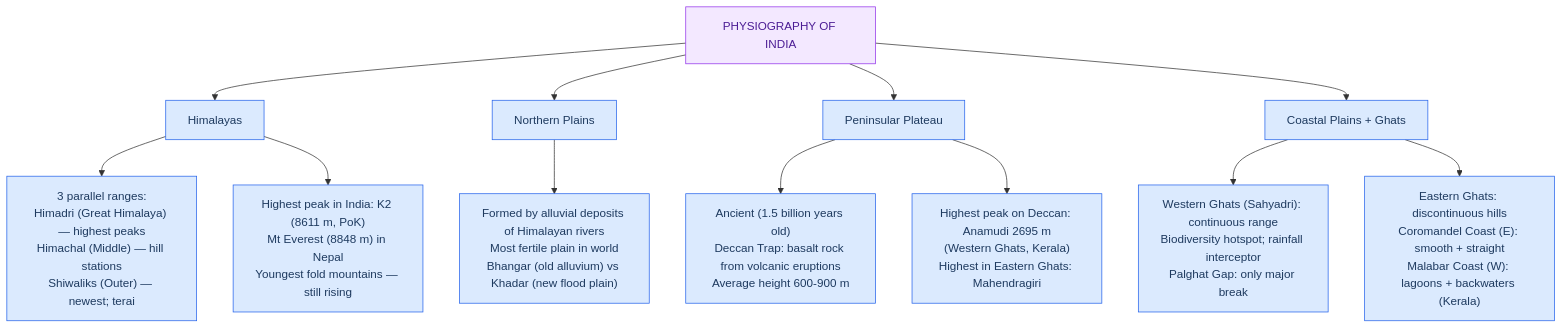
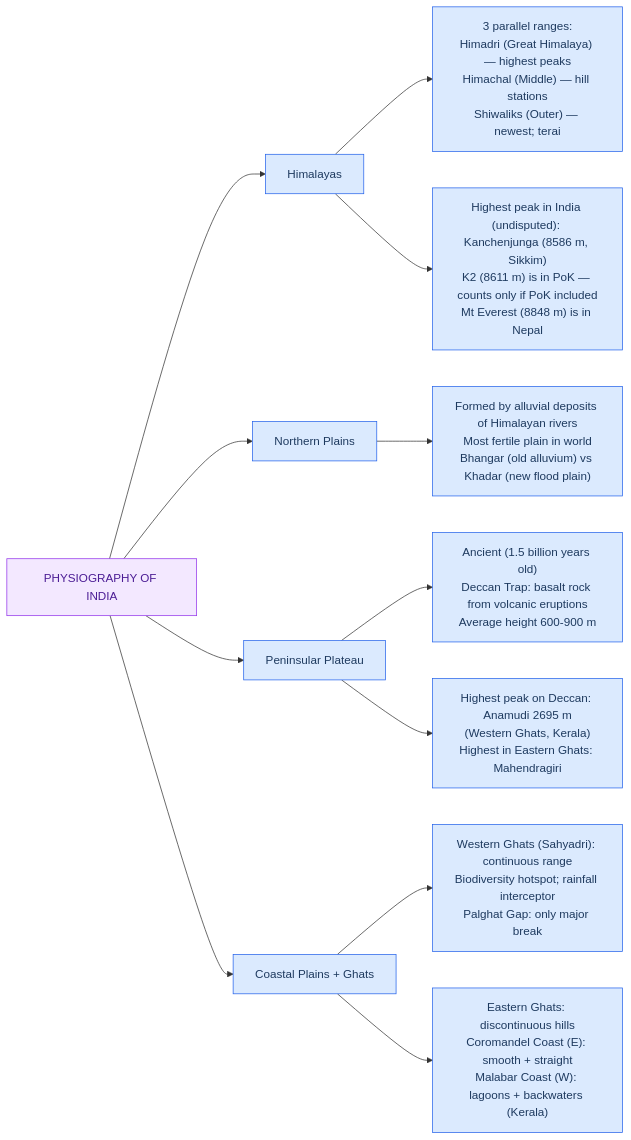
Before and after one commit to bhanuprakash13579/pariksha365: diagram 15 of 27 in backend/seeds/study_notes/geography.md, drawn with Mermaid. The commit also changed other lines of this file and 772 other files, not shown here.

```diff
--- a/backend/seeds/study_notes/geography.md
+++ b/backend/seeds/study_notes/geography.md
@@ -1378,20 +1490,20 @@
 <div class="mermaid">
-flowchart TD
+flowchart LR
     R["PHYSIOGRAPHY OF INDIA"]:::root
     R --> HM["Himalayas"]:::key
     R --> NP["Northern Plains"]:::key
     R --> PP["Peninsular Plateau"]:::key
     R --> CG["Coastal Plains + Ghats"]:::key
     HM --> HM1["3 parallel ranges:<br>Himadri (Great Himalaya) — highest peaks<br>Himachal (Middle) — hill stations<br>Shiwaliks (Outer) — newest; terai"]:::key
-    HM --> HM2["Highest peak in India: K2 (8611 m, PoK)<br>Mt Everest (8848 m) in Nepal<br>Youngest fold mountains — still rising"]:::key
+    HM --> HM2["Highest peak in India (undisputed): Kanchenjunga (8586 m, Sikkim)<br>K2 (8611 m) is in PoK — counts only if PoK included<br>Mt Everest (8848 m) is in Nepal"]:::key
     NP --> NP1["Formed by alluvial deposits of Himalayan rivers<br>Most fertile plain in world<br>Bhangar (old alluvium) vs Khadar (new flood plain)"]:::key
     PP --> PP1["Ancient (1.5 billion years old)<br>Deccan Trap: basalt rock from volcanic eruptions<br>Average height 600-900 m"]:::key
     PP --> PP2["Highest peak on Deccan: Anamudi 2695 m<br>(Western Ghats, Kerala)<br>Highest in Eastern Ghats: Mahendragiri"]:::key
     CG --> CG1["Western Ghats (Sahyadri): continuous range<br>Biodiversity hotspot; rainfall interceptor<br>Palghat Gap: only major break"]:::key
     CG --> CG2["Eastern Ghats: discontinuous hills<br>Coromandel Coast (E): smooth + straight<br>Malabar Coast (W): lagoons + backwaters (Kerala)"]:::key
     classDef key fill:#dbeafe,stroke:#2563eb,color:#1e3a5f
     classDef trap fill:#fee2e2,stroke:#dc2626,color:#7f1d1d
     classDef date fill:#fef3c7,stroke:#d97706,color:#78350f
     classDef proc fill:#dcfce7,stroke:#16a34a,color:#14532d
     classDef root fill:#f3e8ff,stroke:#9333ea,color:#4c1d95
 </div>
```
